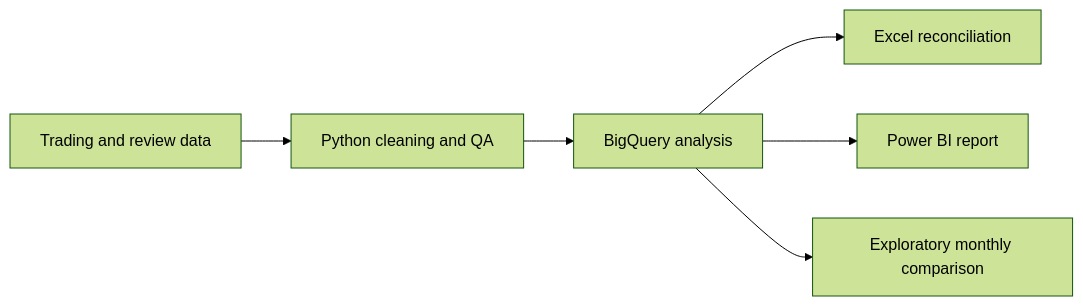
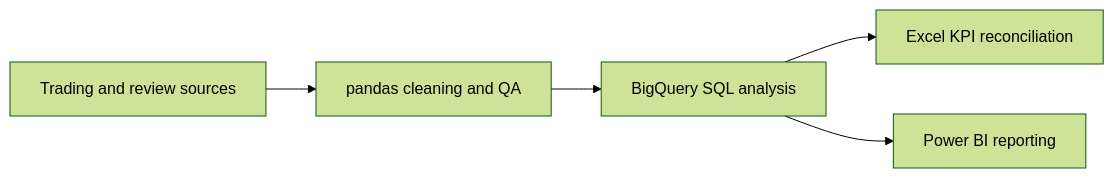
One commit to GiovanniFCDS/MarginOps changed the diagram in README.md. Above: the diagram before and after it, drawn with Mermaid (forest theme). The commit also changed other lines of this file and 14 other files, not shown here.

````diff
--- a/README.md
+++ b/README.md
@@ -21,8 +15,7 @@
 ```mermaid
 flowchart LR
-    A[Trading and review data] --> B[Python cleaning and QA]
-    B --> C[BigQuery analysis]
-    C --> D[Excel reconciliation]
-    C --> E[Power BI report]
-    C --> F[Exploratory monthly comparison]
+    A[Trading and review sources] --> B[pandas cleaning and QA]
+    B --> C[BigQuery SQL analysis]
+    C --> D[Excel KPI reconciliation]
+    C --> E[Power BI reporting]
 ```
````
